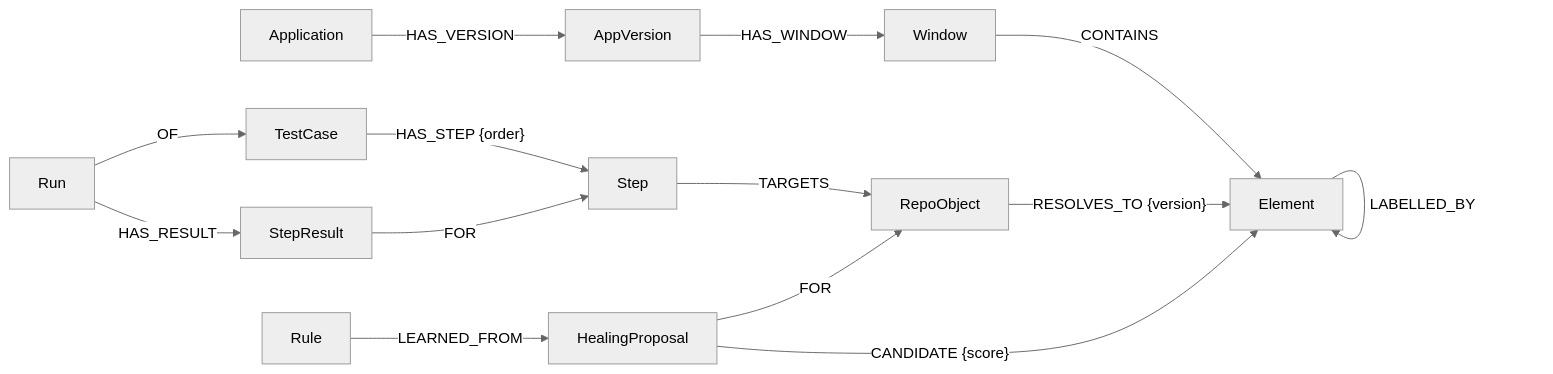
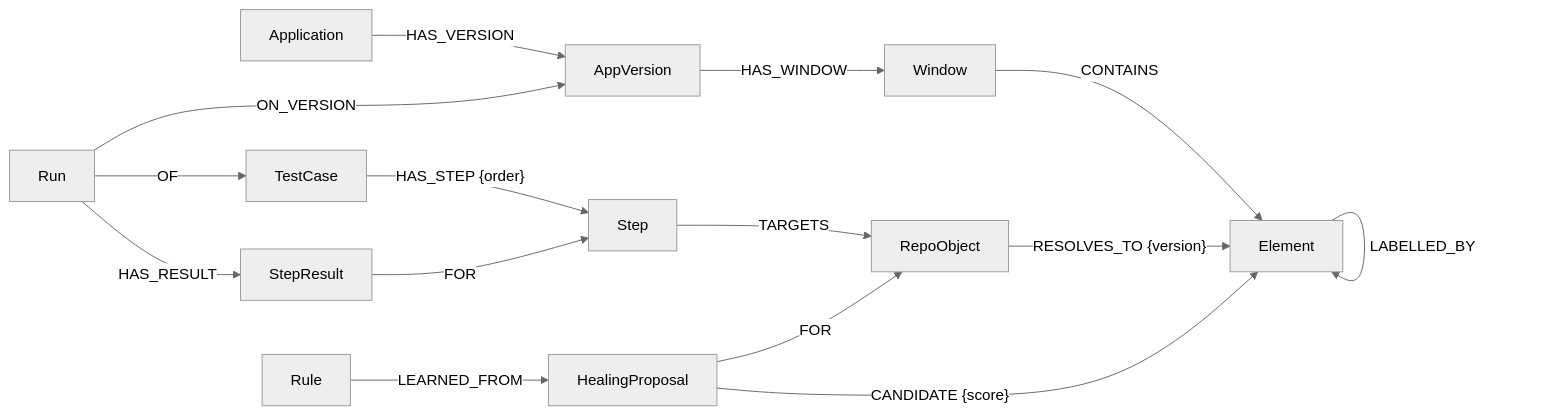
The seventh of 7 diagrams in docs/sdd/SDD.md (galipdg/AYNA), drawn with Mermaid (neutral theme) before and after one commit. The commit also changed other lines of this file and 22 other files, not shown here.

````diff
--- a/docs/sdd/SDD.md
+++ b/docs/sdd/SDD.md
@@ -306,17 +306,18 @@
 ```mermaid
 graph LR
   Application -- HAS_VERSION --> AppVersion
   AppVersion -- HAS_WINDOW --> Window
   Window -- CONTAINS --> Element
   Element -- CONTAINS --> Element
   Element -- LABELLED_BY --> Element
   RepoObject -- "RESOLVES_TO {version}" --> Element
   TestCase -- "HAS_STEP {order}" --> Step
   Step -- TARGETS --> RepoObject
   Run -- OF --> TestCase
+  Run -- ON_VERSION --> AppVersion
   Run -- HAS_RESULT --> StepResult
   StepResult -- FOR --> Step
   HealingProposal -- FOR --> RepoObject
   HealingProposal -- "CANDIDATE {score}" --> Element
   Rule -- LEARNED_FROM --> HealingProposal
 ```
````
